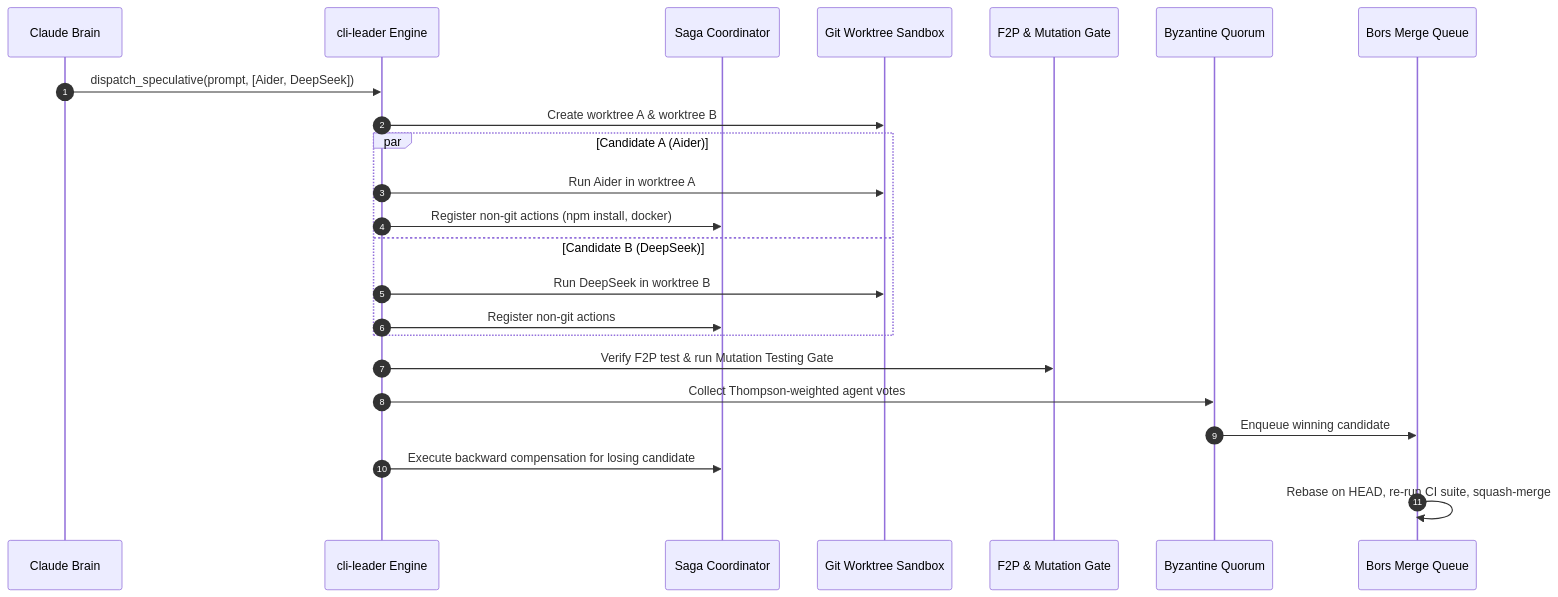
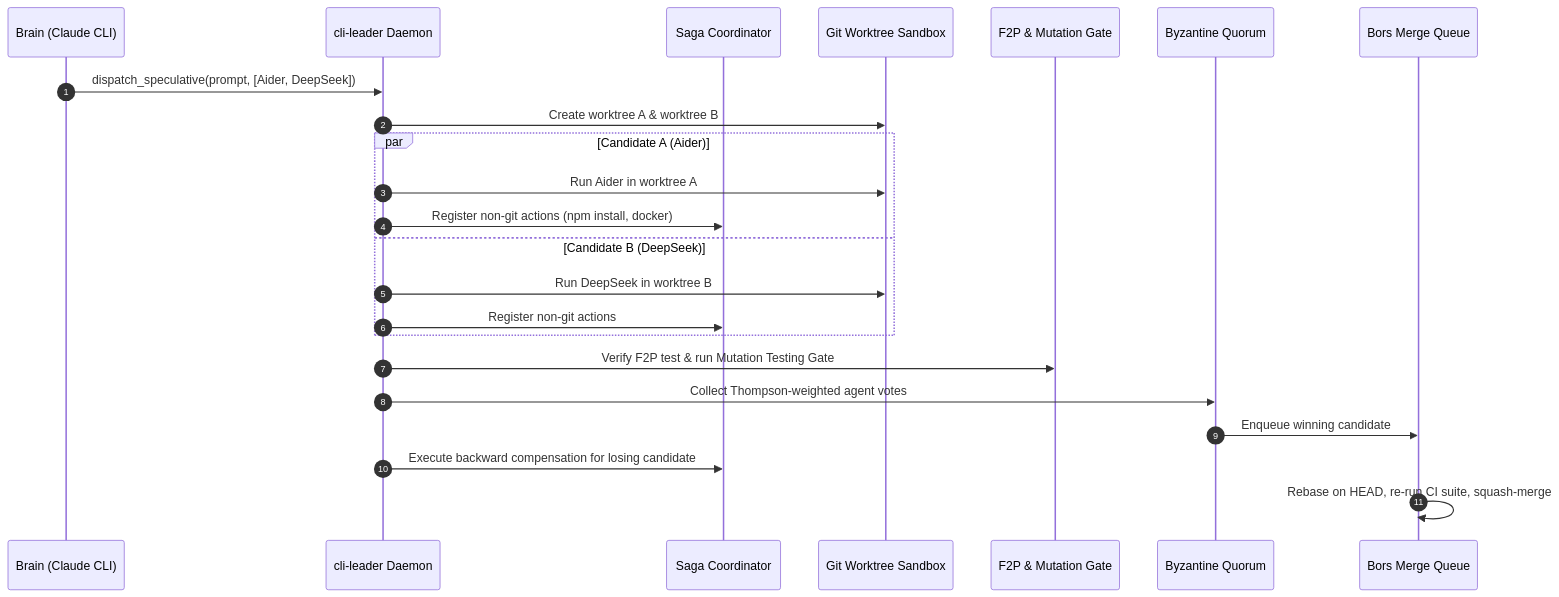
Before and after one commit to 01RG0/cli-leader: the first of 2 diagrams in docs/ARCHITECTURE.md, drawn with Mermaid. The commit also changed other lines of this file and 3 other files, not shown here.

Commit message:
docs(architecture): overhaul ARCHITECTURE.md per CONTRACT.md

````diff
--- a/docs/ARCHITECTURE.md
+++ b/docs/ARCHITECTURE.md
@@ -109,26 +373,26 @@
 ```mermaid
 sequenceDiagram
     autonumber
-    participant Brain as Claude Brain
-    participant Orch as cli-leader Engine
+    participant Brain as Brain (Claude CLI)
+    participant Orch as cli-leader Daemon
     participant Saga as Saga Coordinator
     participant WT as Git Worktree Sandbox
     participant F2P as F2P & Mutation Gate
     participant Quorum as Byzantine Quorum
     participant Refinery as Bors Merge Queue
 
     Brain->>Orch: dispatch_speculative(prompt, [Aider, DeepSeek])
     Orch->>WT: Create worktree A & worktree B
     par Candidate A (Aider)
         Orch->>WT: Run Aider in worktree A
         Orch->>Saga: Register non-git actions (npm install, docker)
     and Candidate B (DeepSeek)
         Orch->>WT: Run DeepSeek in worktree B
         Orch->>Saga: Register non-git actions
     end
     Orch->>F2P: Verify F2P test & run Mutation Testing Gate
     Orch->>Quorum: Collect Thompson-weighted agent votes
     Quorum->>Refinery: Enqueue winning candidate
     Orch->>Saga: Execute backward compensation for losing candidate
     Refinery->>Refinery: Rebase on HEAD, re-run CI suite, squash-merge
 ```
````
